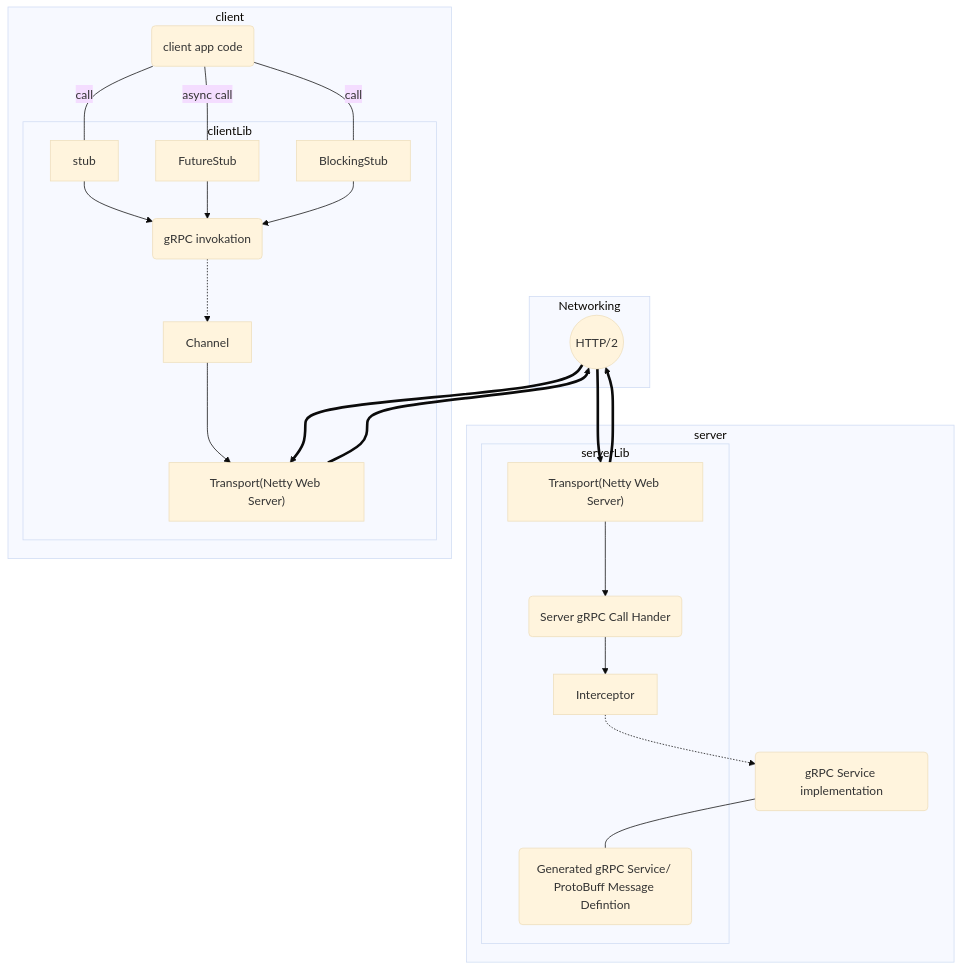
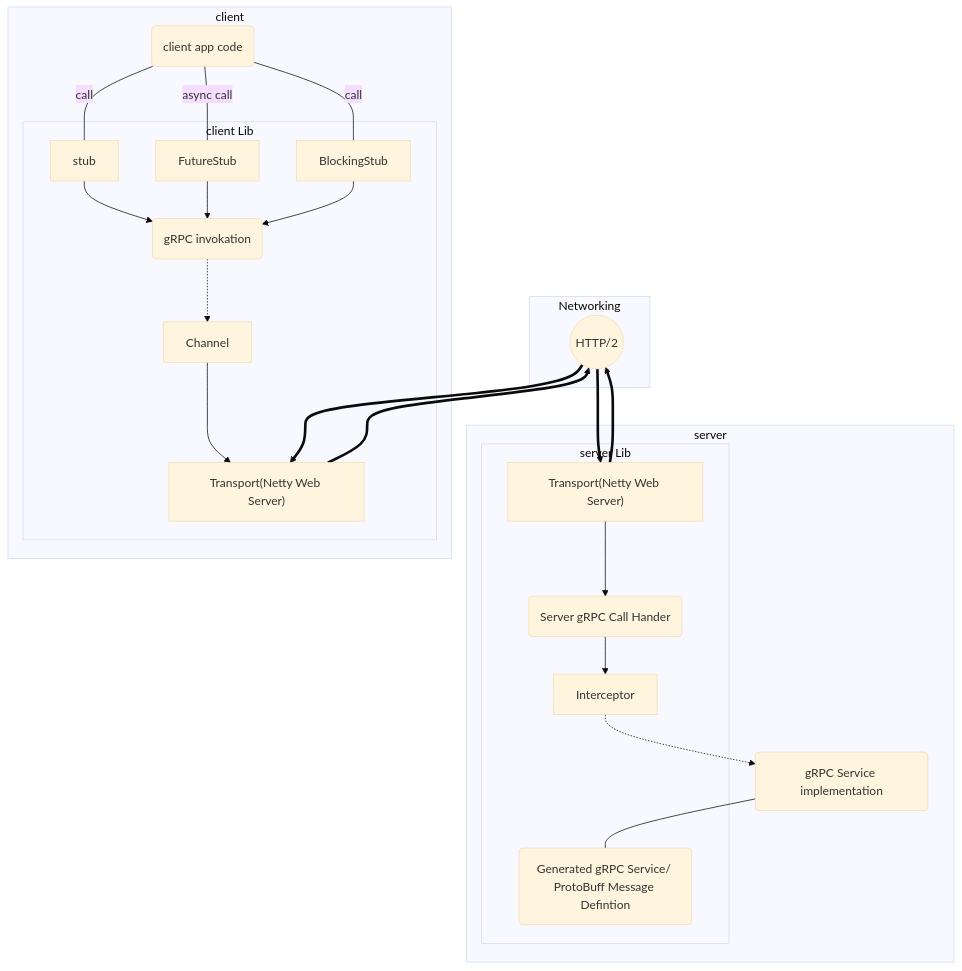
One commit to windperson/grpc-springboot-demo changed the diagram in docs/grpc-java-arch.mmd. Above: the diagram before and after it, drawn with Mermaid (base theme). The commit also changed 2 other files, not shown here.

```diff
--- a/docs/grpc-java-arch.mmd
+++ b/docs/grpc-java-arch.mmd
@@ -1,34 +1,34 @@
 graph TB
 
 subgraph Networking
   http2((HTTP/2))
 end
 
 subgraph server
   serverApp(gRPC Service implementation)
   serverApp --- SDL("Generated gRPC Service/ ProtoBuff Message Defintion")
   Interceptor -.-> serverApp
-  subgraph serverLib
+  subgraph server Lib
     SDL
     gRPCserverHandler(Server gRPC Call Hander) --> Interceptor
     ServerTransport["Transport(Netty Web Server)"] --> gRPCserverHandler
   end
 end
 
 subgraph client
     clientApp(client app code) ---|call| stub
     clientApp(client app code) ---|async call| FutureStub
     clientApp(client app code) ---|call| BlockingStub
-    subgraph clientLib
+    subgraph client Lib
       stub --> gRPCClientInvoke(gRPC invokation)
       FutureStub --> gRPCClientInvoke
       BlockingStub --> gRPCClientInvoke
       gRPCClientInvoke -.-> Channel
       Channel --> ClientTransport["Transport(Netty Web Server)"]
     end
 end
 
 ClientTransport ==> http2
 http2 ==> ServerTransport
 ServerTransport ==> http2
 http2 ==> ClientTransport
```
